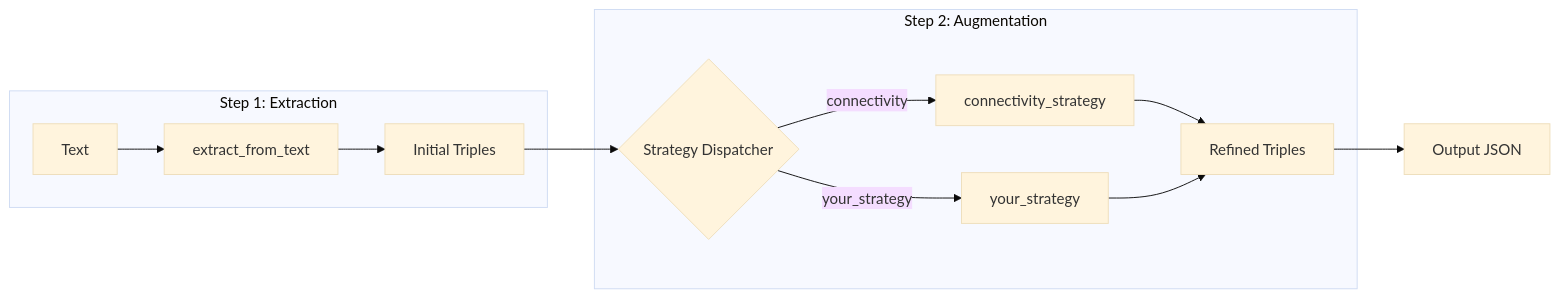
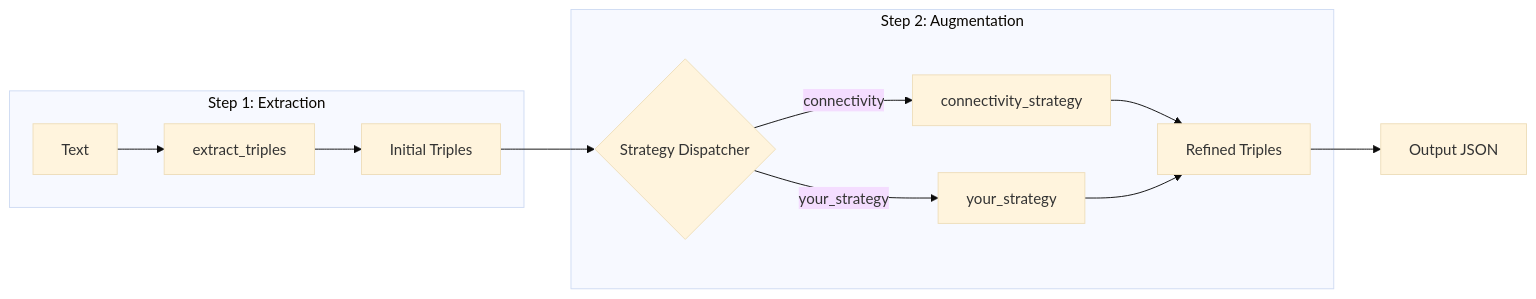
The diagram in .agent/skills/add-augmentation-strategy/SKILL.md (FabioYanezRomero/kg_constructor), drawn with Mermaid (base theme) before and after one commit. The commit also changed other lines of this file and 12 other files, not shown here.

````diff
--- a/.agent/skills/add-augmentation-strategy/SKILL.md
+++ b/.agent/skills/add-augmentation-strategy/SKILL.md
@@ -12,15 +12,15 @@
 ```mermaid
 flowchart LR
     subgraph Step1["Step 1: Extraction"]
-        A[Text] --> B[extract_from_text]
+        A[Text] --> B[extract_triples]
         B --> C[Initial Triples]
     end
     subgraph Step2["Step 2: Augmentation"]
         C --> D{Strategy Dispatcher}
         D -- connectivity --> E[connectivity_strategy]
         D -- your_strategy --> F[your_strategy]
         E --> G[Refined Triples]
         F --> G
     end
     G --> H[Output JSON]
 ```
````
